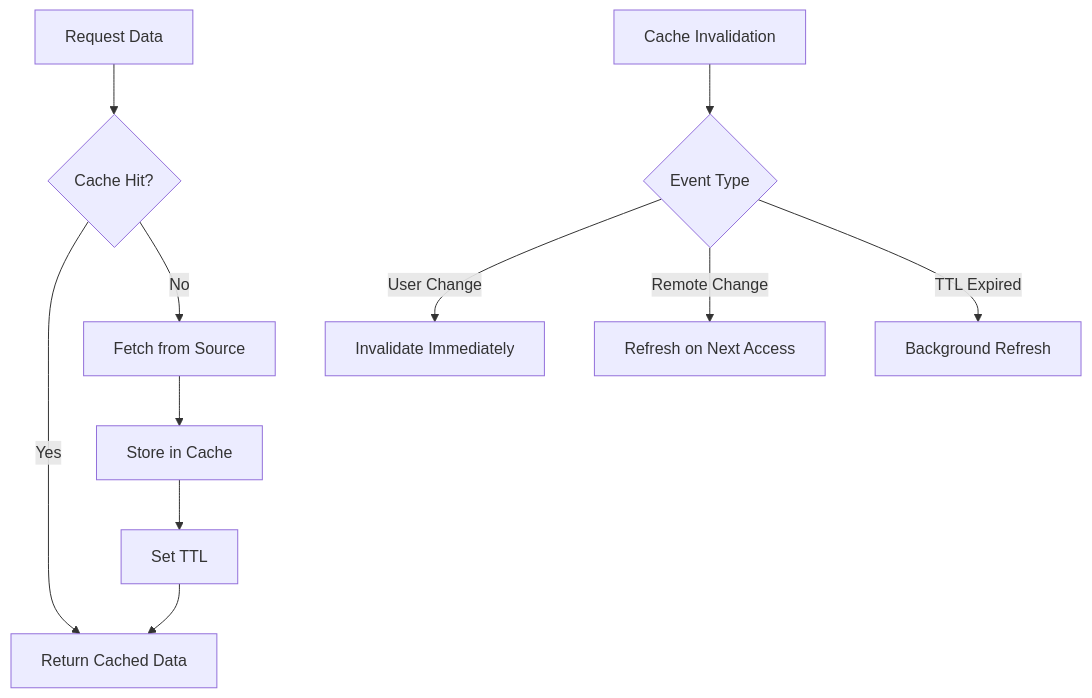
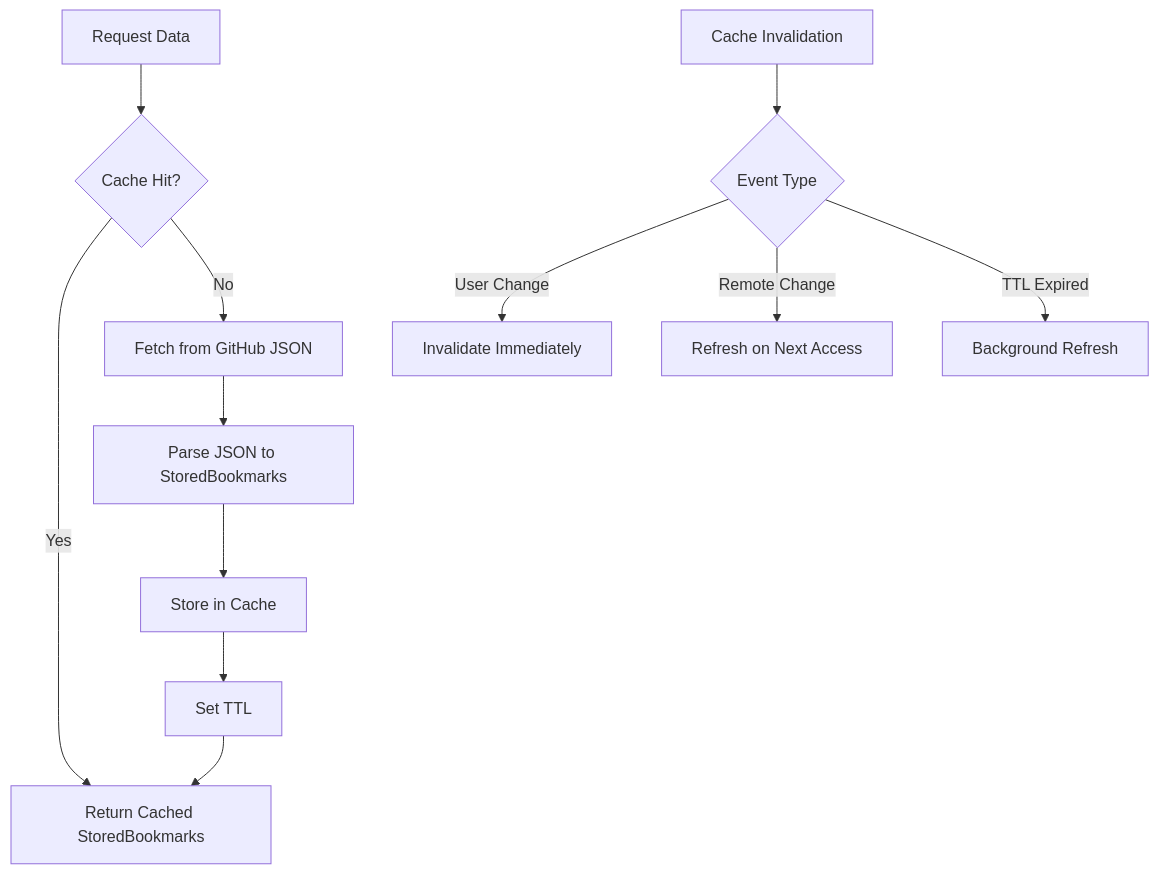
Diagram 14 of 14 in docs/data-flow.md (danlourenco/hubmarks), drawn with Mermaid before and after one commit. The commit also changed other lines of this file and 5 other files, not shown here.

First line of the commit message:
docs: update all documentation for JSON-first architecture

````diff
--- a/docs/data-flow.md
+++ b/docs/data-flow.md
@@ -353,15 +395,16 @@
 ```mermaid
 graph TB
     A[Request Data] --> B{Cache Hit?}
-    B -->|Yes| C[Return Cached Data]
-    B -->|No| D[Fetch from Source]
+    B -->|Yes| C[Return Cached StoredBookmarks]
+    B -->|No| D[Fetch from GitHub JSON]
     
-    D --> E[Store in Cache]
-    E --> F[Set TTL]
-    F --> C
+    D --> E[Parse JSON to StoredBookmarks]
+    E --> F[Store in Cache]
+    F --> G[Set TTL]
+    G --> C
     
-    G[Cache Invalidation] --> H{Event Type}
-    H -->|User Change| I[Invalidate Immediately]
-    H -->|Remote Change| J[Refresh on Next Access]
-    H -->|TTL Expired| K[Background Refresh]
+    H[Cache Invalidation] --> I{Event Type}
+    I -->|User Change| J[Invalidate Immediately]
+    I -->|Remote Change| K[Refresh on Next Access]
+    I -->|TTL Expired| L[Background Refresh]
 ```
````
